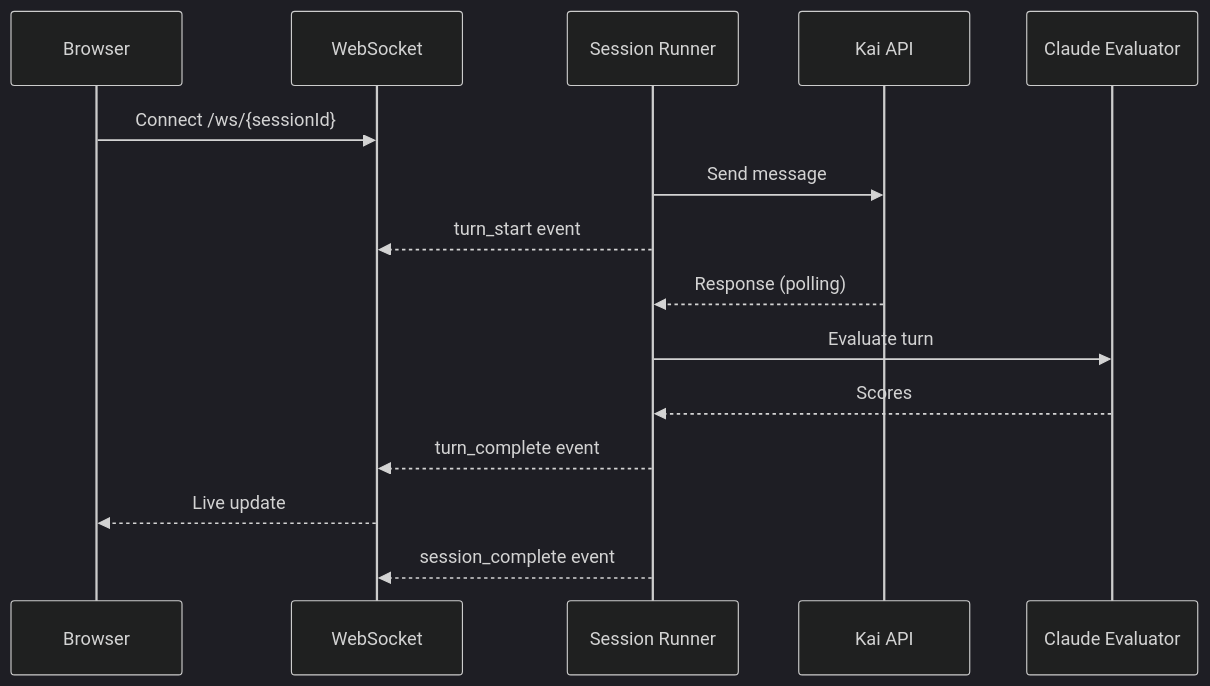
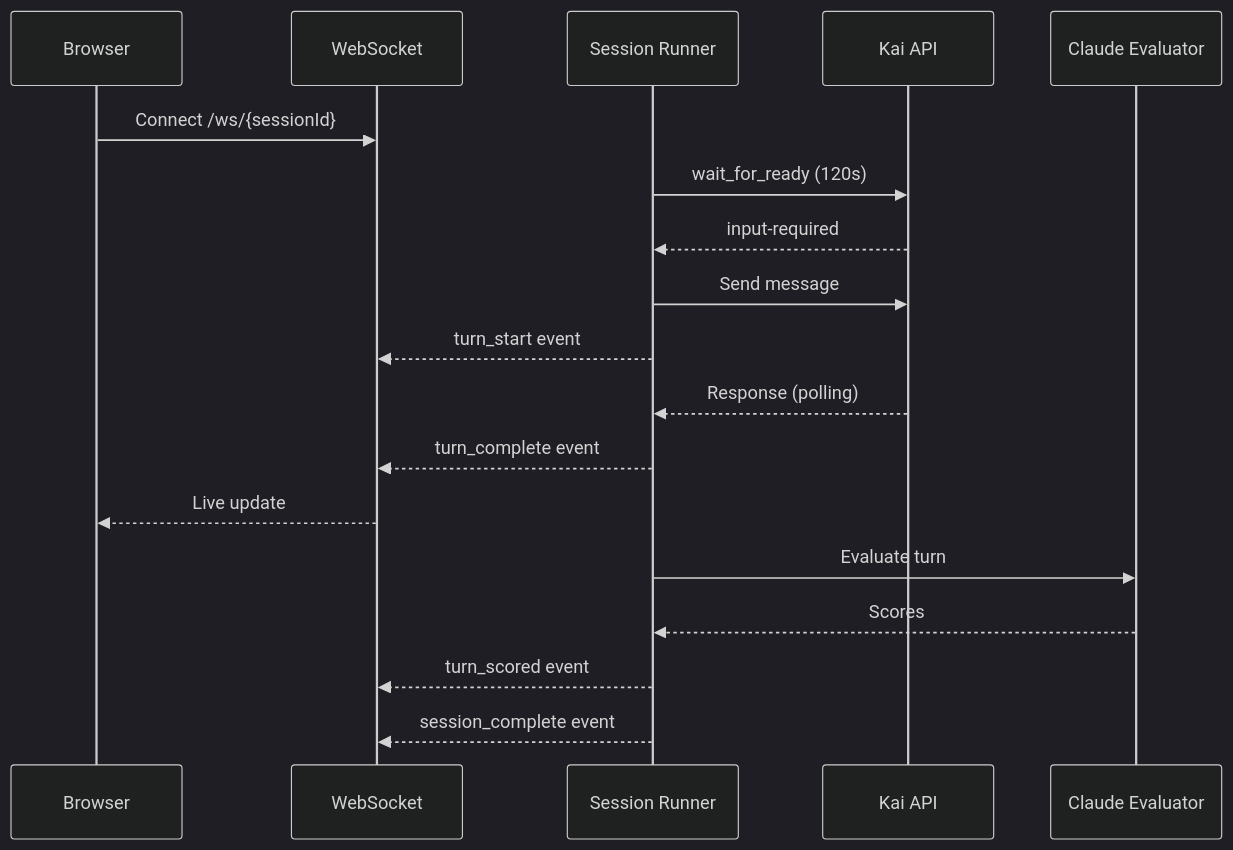
Before and after one commit to duonghaijoe/eval-kai: the fifth of 6 diagrams in docs/PRD.md, drawn with Mermaid (dark theme). The commit also changed other lines of this file and 22 other files, not shown here.

````diff
--- a/docs/PRD.md
+++ b/docs/PRD.md
@@ -169,18 +245,21 @@
 ```mermaid
 sequenceDiagram
     participant UI as Browser
     participant WS as WebSocket
     participant SR as Session Runner
     participant Kai as Kai API
     participant Joe as Claude Evaluator
 
     UI->>WS: Connect /ws/{sessionId}
+    SR->>Kai: wait_for_ready (120s)
+    Kai-->>SR: input-required
     SR->>Kai: Send message
     SR-->>WS: turn_start event
     Kai-->>SR: Response (polling)
+    SR-->>WS: turn_complete event
+    WS-->>UI: Live update
     SR->>Joe: Evaluate turn
     Joe-->>SR: Scores
-    SR-->>WS: turn_complete event
-    WS-->>UI: Live update
+    SR-->>WS: turn_scored event
     SR-->>WS: session_complete event
 ```
````
